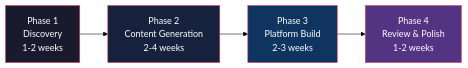
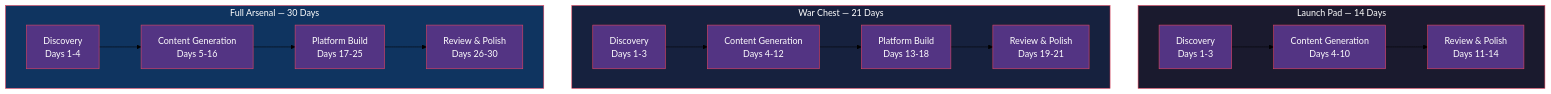
The diagram in docs/FUNDRAISING_PLATFORM_SERVICE_PRICING.md (Light-Brands/epic-center), drawn with Mermaid (forest theme) before and after one commit. The commit also changed other lines of this file, not shown here.

First line of the commit message:
Add competitive analysis section and tier-specific delivery timelines to fundraising pricing

````diff
--- a/docs/FUNDRAISING_PLATFORM_SERVICE_PRICING.md
+++ b/docs/FUNDRAISING_PLATFORM_SERVICE_PRICING.md
@@ -361,11 +469,34 @@
 ```mermaid
-graph LR
-    A["Phase 1<br/>Discovery<br/>1-2 weeks"] --> B["Phase 2<br/>Content Generation<br/>2-4 weeks"]
-    B --> C["Phase 3<br/>Platform Build<br/>2-3 weeks"]
-    C --> D["Phase 4<br/>Review & Polish<br/>1-2 weeks"]
+graph TD
+    subgraph LP["Launch Pad — 14 Days"]
+        A1["Discovery<br/>Days 1-3"] --> B1["Content Generation<br/>Days 4-10"]
+        B1 --> C1["Review & Polish<br/>Days 11-14"]
+    end
 
-    style A fill:#1a1a2e,stroke:#e94560,color:#fff
-    style B fill:#16213e,stroke:#e94560,color:#fff
-    style C fill:#0f3460,stroke:#e94560,color:#fff
-    style D fill:#533483,stroke:#e94560,color:#fff
+    subgraph WC["War Chest — 21 Days"]
+        A2["Discovery<br/>Days 1-3"] --> B2["Content Generation<br/>Days 4-12"]
+        B2 --> C2["Platform Build<br/>Days 13-18"]
+        C2 --> D2["Review & Polish<br/>Days 19-21"]
+    end
+
+    subgraph FA["Full Arsenal — 30 Days"]
+        A3["Discovery<br/>Days 1-4"] --> B3["Content Generation<br/>Days 5-16"]
+        B3 --> C3["Platform Build<br/>Days 17-25"]
+        C3 --> D3["Review & Polish<br/>Days 26-30"]
+    end
+
+    style LP fill:#1a1a2e,stroke:#e94560,color:#fff
+    style WC fill:#16213e,stroke:#e94560,color:#fff
+    style FA fill:#0f3460,stroke:#e94560,color:#fff
+    style A1 fill:#533483,stroke:#e94560,color:#fff
+    style B1 fill:#533483,stroke:#e94560,color:#fff
+    style C1 fill:#533483,stroke:#e94560,color:#fff
+    style A2 fill:#533483,stroke:#e94560,color:#fff
+    style B2 fill:#533483,stroke:#e94560,color:#fff
+    style C2 fill:#533483,stroke:#e94560,color:#fff
+    style D2 fill:#533483,stroke:#e94560,color:#fff
+    style A3 fill:#533483,stroke:#e94560,color:#fff
+    style B3 fill:#533483,stroke:#e94560,color:#fff
+    style C3 fill:#533483,stroke:#e94560,color:#fff
+    style D3 fill:#533483,stroke:#e94560,color:#fff
 ```
````
